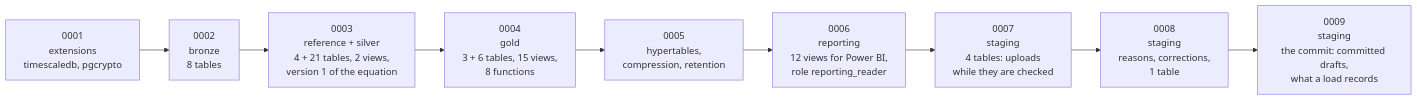
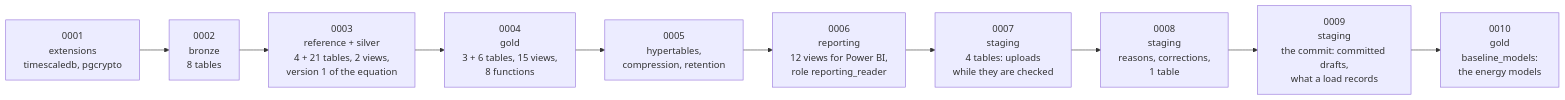
Diagram 12 of 13 in docs/database_overview.md (juanpablocarrillohortua/clarios_app), drawn with Mermaid before and after one commit. The commit also changed other lines of this file and 56 other files, not shown here.

First line of the commit message:
feat(models): forecast energy from production in a "Modelos" section of the app

````diff
--- a/docs/database_overview.md
+++ b/docs/database_overview.md
@@ -888,13 +904,14 @@
 ```mermaid
 flowchart LR
     m1["0001<br/>extensions<br/>timescaledb, pgcrypto"]
     m2["0002<br/>bronze<br/>8 tables"]
     m3["0003<br/>reference + silver<br/>4 + 21 tables, 2 views,<br/>version 1 of the equation"]
     m4["0004<br/>gold<br/>3 + 6 tables, 15 views,<br/>8 functions"]
     m5["0005<br/>hypertables,<br/>compression, retention"]
     m6["0006<br/>reporting<br/>12 views for Power BI,<br/>role reporting_reader"]
     m7["0007<br/>staging<br/>4 tables: uploads<br/>while they are checked"]
     m8["0008<br/>staging<br/>reasons, corrections,<br/>1 table"]
     m9["0009<br/>staging<br/>the commit: committed drafts,<br/>what a load records"]
-    m1 --> m2 --> m3 --> m4 --> m5 --> m6 --> m7 --> m8 --> m9
+    m10["0010<br/>gold<br/>baseline_models:<br/>the energy models"]
+    m1 --> m2 --> m3 --> m4 --> m5 --> m6 --> m7 --> m8 --> m9 --> m10
 ```
````
